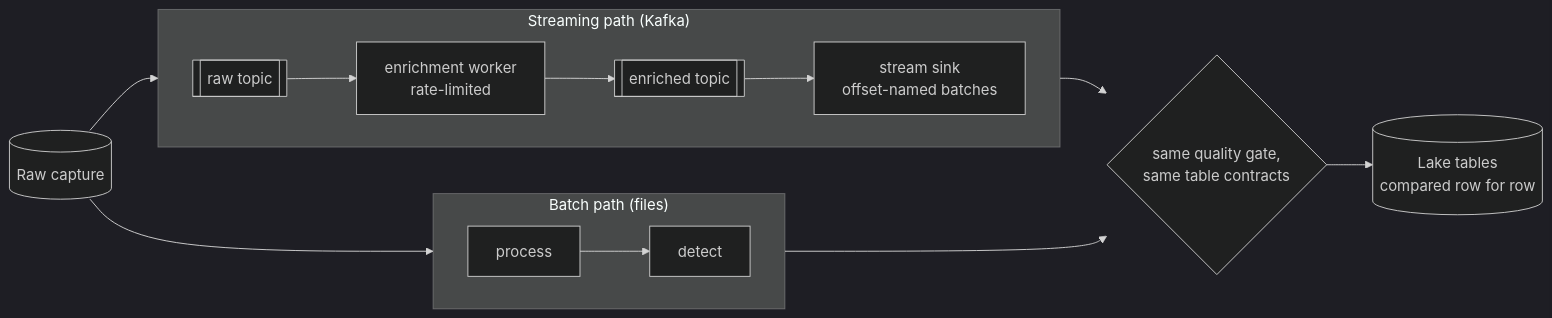
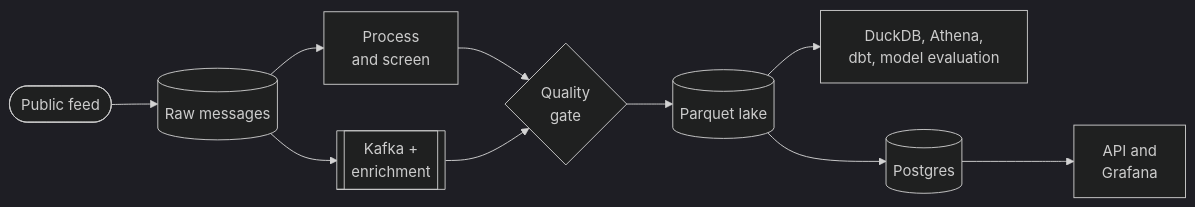
The first of 2 diagrams in README.md (thaitri2005/BlockPulse), drawn with Mermaid (dark theme) before and after one commit. The commit also changed other lines of this file and 4 other files, not shown here.

Commit message:
docs: shorter README with compact diagrams and smaller figures

````diff
--- a/README.md
+++ b/README.md
@@ -47,17 +11,12 @@
 ```mermaid
 flowchart LR
-    raw[("Raw capture")]
-    subgraph batch ["Batch path (files)"]
-        direction LR
-        p["process"] --> d["detect"]
-    end
-    subgraph stream ["Streaming path (Kafka)"]
-        direction LR
-        t1[["raw topic"]] --> w["enrichment worker<br/>rate-limited"] --> t2[["enriched topic"]] --> sink["stream sink<br/>offset-named batches"]
-    end
-    raw --> p
-    raw --> t1
-    d --> gate{"same quality gate,<br/>same table contracts"}
-    sink --> gate
-    gate --> lake[("Lake tables<br/>compared row for row")]
+    feed(["Public feed"]) --> raw[("Raw messages")]
+    raw --> proc["Process<br/>and screen"]
+    raw --> kafka[["Kafka +<br/>enrichment"]]
+    proc --> gate{"Quality<br/>gate"}
+    kafka --> gate
+    gate --> lake[("Parquet lake")]
+    lake --> sql["DuckDB, Athena,<br/>dbt, model evaluation"]
+    lake --> pg[("Postgres")]
+    pg --> out["API and<br/>Grafana"]
 ```
````
